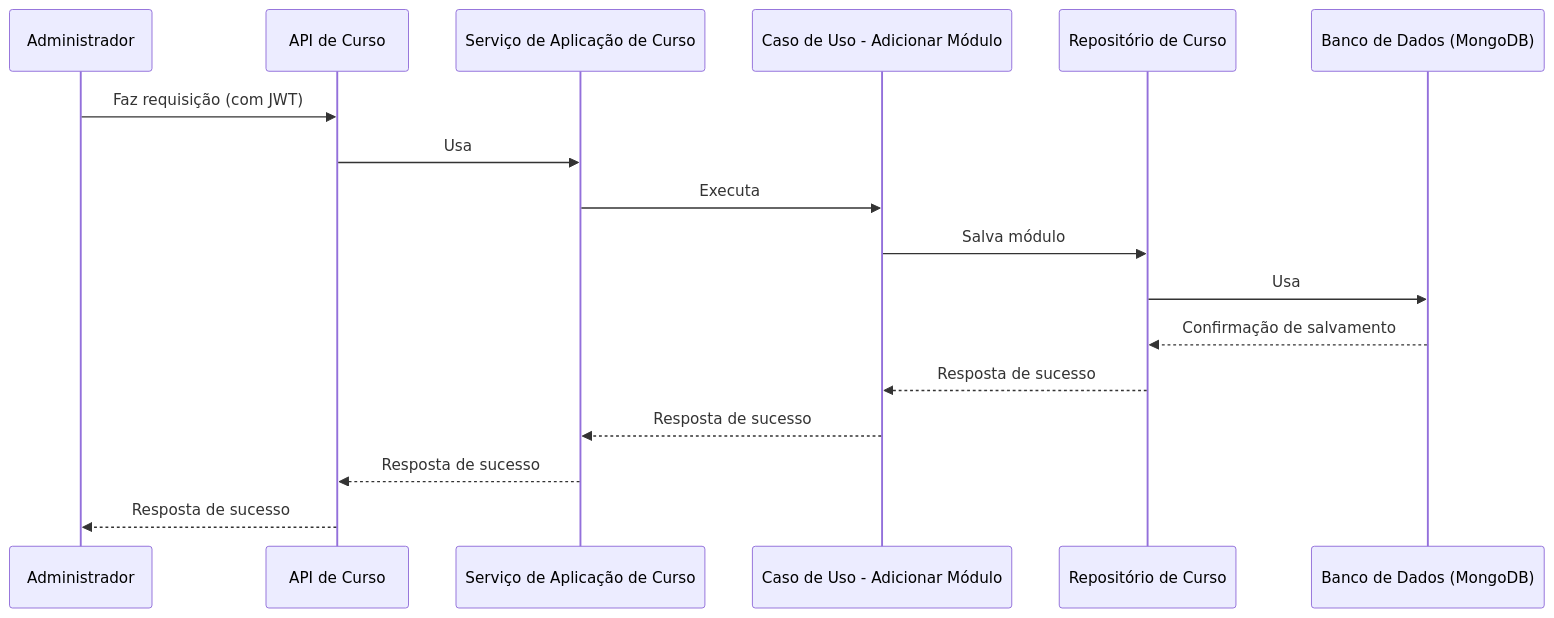
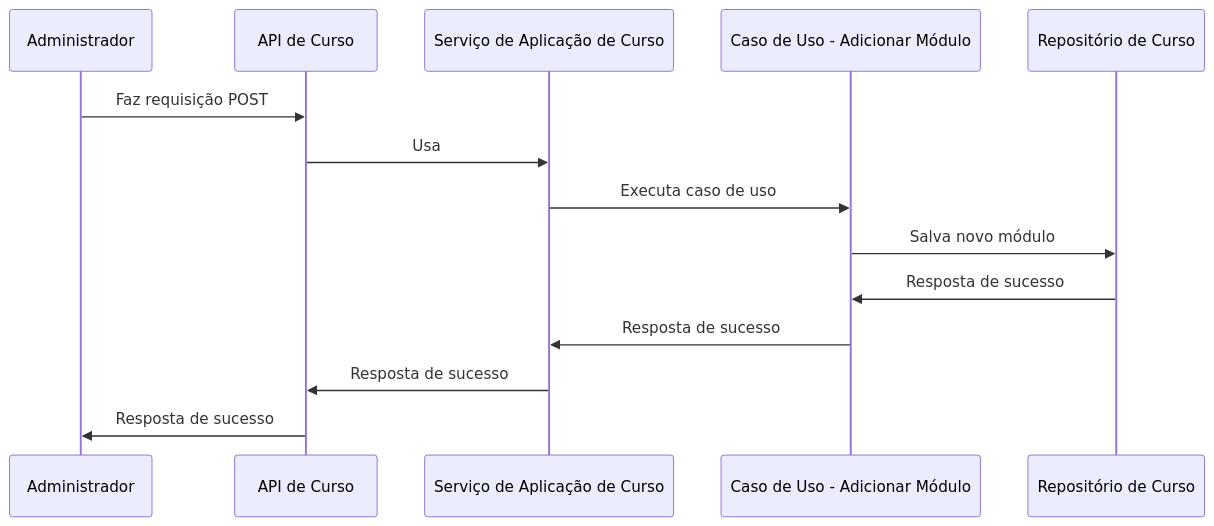
The fifth of 8 diagrams in C3 Components/Back-end/Módulo de curso/README.md (Open-3A/3A-c4-model), drawn with Mermaid before and after one commit. The commit also changed other lines of this file, not shown here.

Commit message:
refactor(C3): change execution flow of course module

````diff
--- a/C3 Components/Back-end/Módulo de curso/README.md
+++ b/C3 Components/Back-end/Módulo de curso/README.md
@@ -101,20 +95,17 @@
 ```mermaid
 sequenceDiagram
     participant admin as Administrador
     participant course_api as API de Curso
     participant course_service as Serviço de Aplicação de Curso
     participant add_course_module_use_case as Caso de Uso - Adicionar Módulo
     participant course_repository as Repositório de Curso
-    participant db as Banco de Dados (MongoDB)
 
-    admin->>course_api: Faz requisição (com JWT)
+    admin->>course_api: Faz requisição POST
     course_api->>course_service: Usa
-    course_service->>add_course_module_use_case: Executa
-    add_course_module_use_case->>course_repository: Salva módulo
-    course_repository->>db: Usa
-    db-->>course_repository: Confirmação de salvamento
-    course_repository-->>add_course_module_use_case: Resposta de sucesso
-    add_course_module_use_case-->>course_service: Resposta de sucesso
-    course_service-->>course_api: Resposta de sucesso
-    course_api-->>admin: Resposta de sucesso
+    course_service->>add_course_module_use_case: Executa caso de uso
+    add_course_module_use_case->>course_repository: Salva novo módulo
+    course_repository->>add_course_module_use_case: Resposta de sucesso
+    add_course_module_use_case->>course_service: Resposta de sucesso
+    course_service->>course_api: Resposta de sucesso
+    course_api->>admin: Resposta de sucesso
 ```
````
